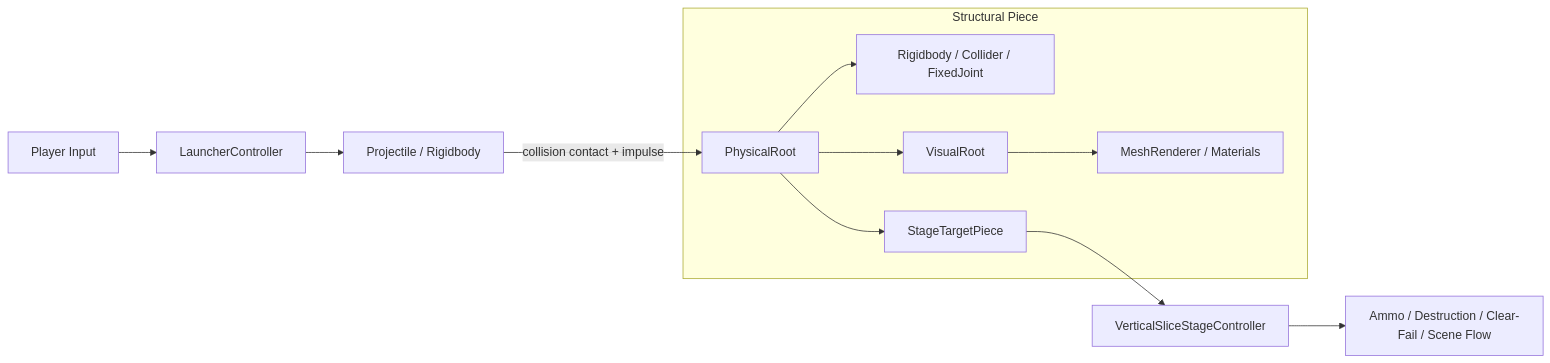
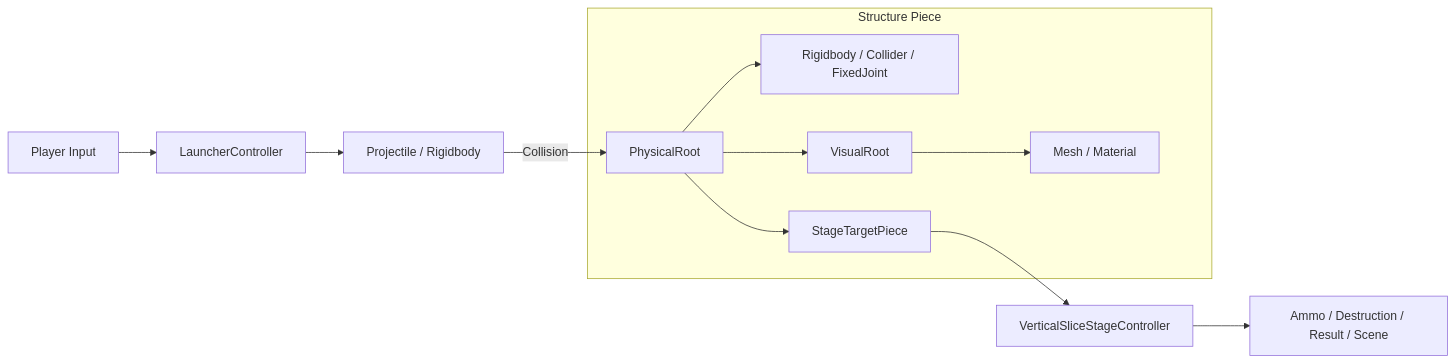
The diagram in README.md (junly21/demolition-lab), drawn with Mermaid before and after one commit. The commit also changed other lines of this file and 7 other files, not shown here.

````diff
--- a/README.md
+++ b/README.md
@@ -55,16 +51,16 @@
 ```mermaid
 flowchart LR
     Input[Player Input] --> Launcher[LauncherController]
     Launcher --> Projectile[Projectile / Rigidbody]
-    Projectile -->|collision contact + impulse| PhysicalRoot
+    Projectile -->|Collision| PhysicalRoot
 
-    subgraph Piece[Structural Piece]
-        PhysicalRoot[PhysicalRoot] --> Physics[Rigidbody / Collider / FixedJoint]
-        PhysicalRoot --> Gameplay[StageTargetPiece]
-        PhysicalRoot --> VisualRoot[VisualRoot]
-        VisualRoot --> Visuals[MeshRenderer / Materials]
+    subgraph Piece[Structure Piece]
+        PhysicalRoot --> Physics[Rigidbody / Collider / FixedJoint]
+        PhysicalRoot --> Target[StageTargetPiece]
+        PhysicalRoot --> VisualRoot
+        VisualRoot --> Visual[Mesh / Material]
     end
 
-    Gameplay --> Stage[VerticalSliceStageController]
-    Stage --> Flow[Ammo / Destruction / Clear-Fail / Scene Flow]
+    Target --> Stage[VerticalSliceStageController]
+    Stage --> Result[Ammo / Destruction / Result / Scene]
 ```
````
